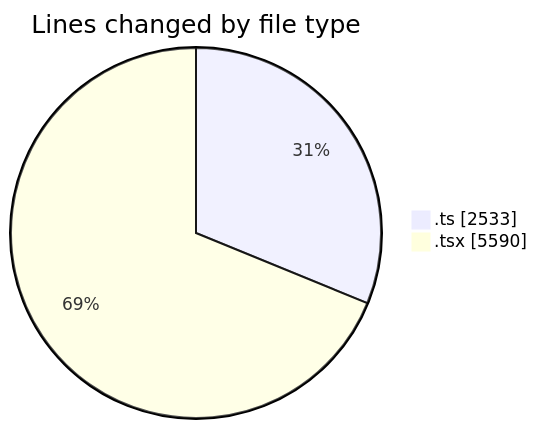
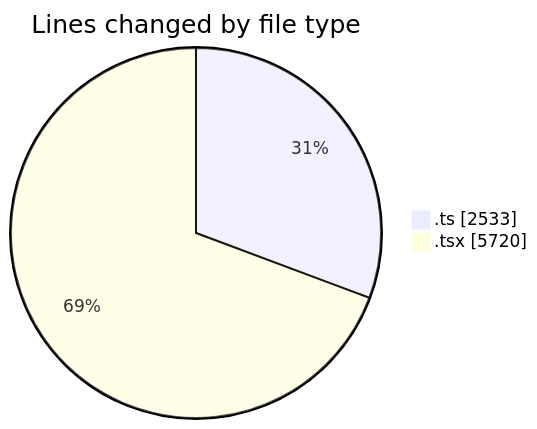
The first of 2 diagrams in 2025-07-01/cda/README.md (momahboobian/code-tracking), drawn with Mermaid before and after one commit. The commit also changed other lines of this file and 1 other file, not shown here.

````diff
--- a/2025-07-01/cda/README.md
+++ b/2025-07-01/cda/README.md
@@ -43,6 +44,6 @@
 ```mermaid
 pie showData
 title Lines changed by file type
 ".ts" : 2533
-".tsx" : 5590
+".tsx" : 5720
 ```
````
